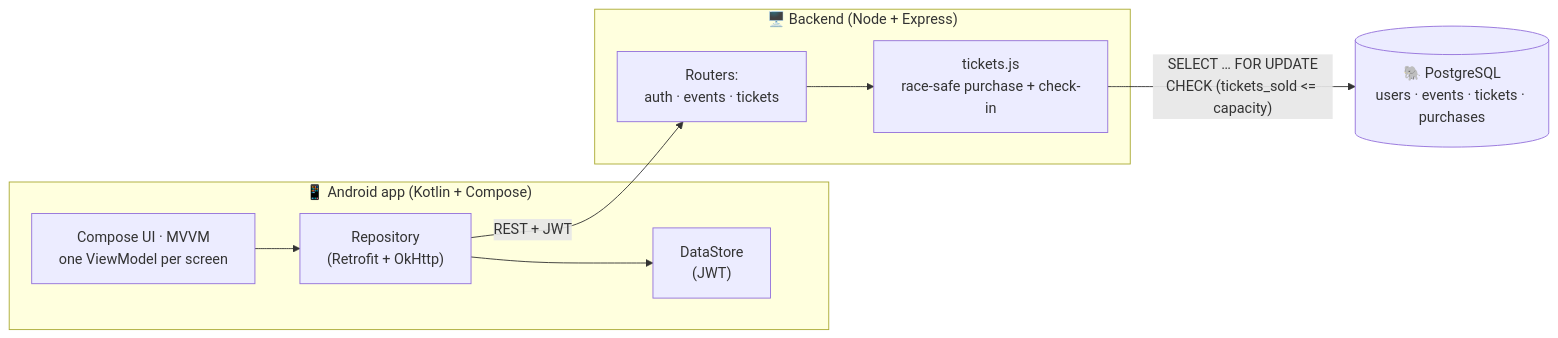
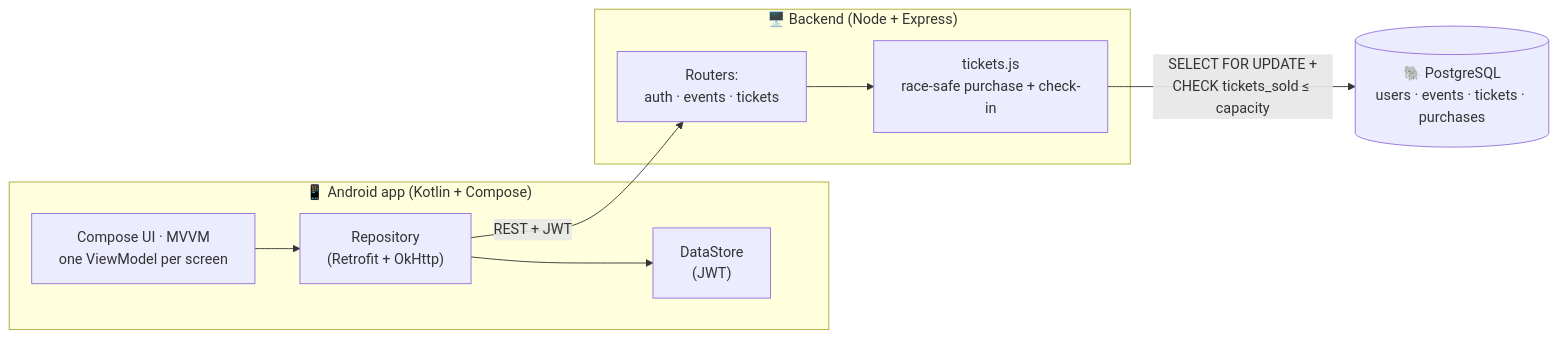
One commit to bhanu87777/Eventix-Event-Ticketing-Platform changed the first of 2 diagrams in docs/ARCHITECTURE.md. Above: the diagram before and after it, drawn with Mermaid. The commit also changed other lines of this file and 1 other file, not shown here.

First line of the commit message:
Fix Mermaid diagrams failing to render on GitHub

````diff
--- a/docs/ARCHITECTURE.md
+++ b/docs/ARCHITECTURE.md
@@ -16,21 +16,21 @@
 ```mermaid
 flowchart LR
   subgraph Phone["📱 Android app (Kotlin + Compose)"]
-    UI["Compose UI · MVVM\none ViewModel per screen"]
-    Repo["Repository\n(Retrofit + OkHttp)"]
-    DS["DataStore\n(JWT)"]
+    UI["Compose UI · MVVM<br/>one ViewModel per screen"]
+    Repo["Repository<br/>(Retrofit + OkHttp)"]
+    DS["DataStore<br/>(JWT)"]
     UI --> Repo
     Repo --> DS
   end
 
   subgraph API["🖥️ Backend (Node + Express)"]
-    R["Routers:\nauth · events · tickets"]
-    T["tickets.js\nrace-safe purchase + check-in"]
+    R["Routers:<br/>auth · events · tickets"]
+    T["tickets.js<br/>race-safe purchase + check-in"]
     R --> T
   end
 
-  PG[("🐘 PostgreSQL\nusers · events · tickets · purchases")]
+  PG[("🐘 PostgreSQL<br/>users · events · tickets · purchases")]
 
   Repo -- "REST + JWT" --> R
-  T -- "SELECT … FOR UPDATE\nCHECK (tickets_sold <= capacity)" --> PG
+  T -- "SELECT FOR UPDATE +<br/>CHECK tickets_sold ≤ capacity" --> PG
 ```
````
